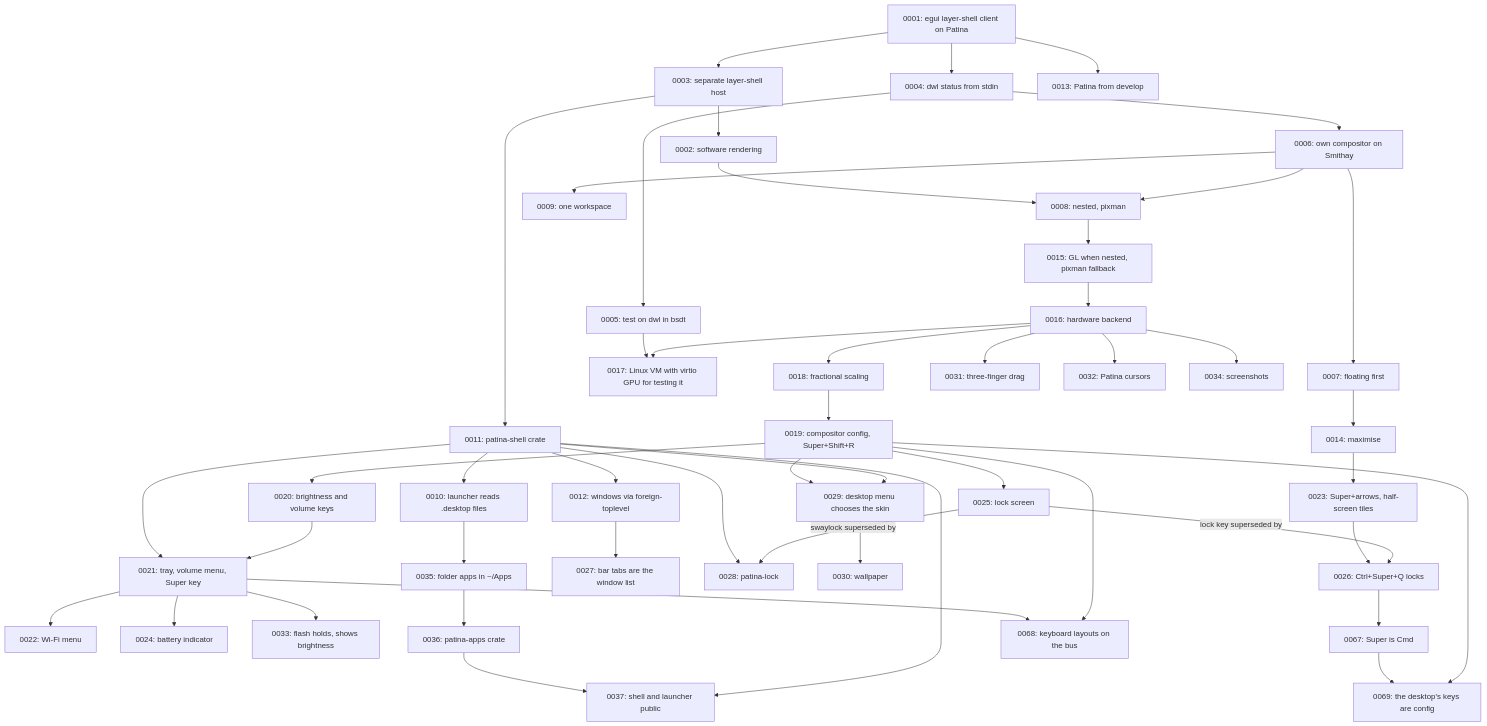
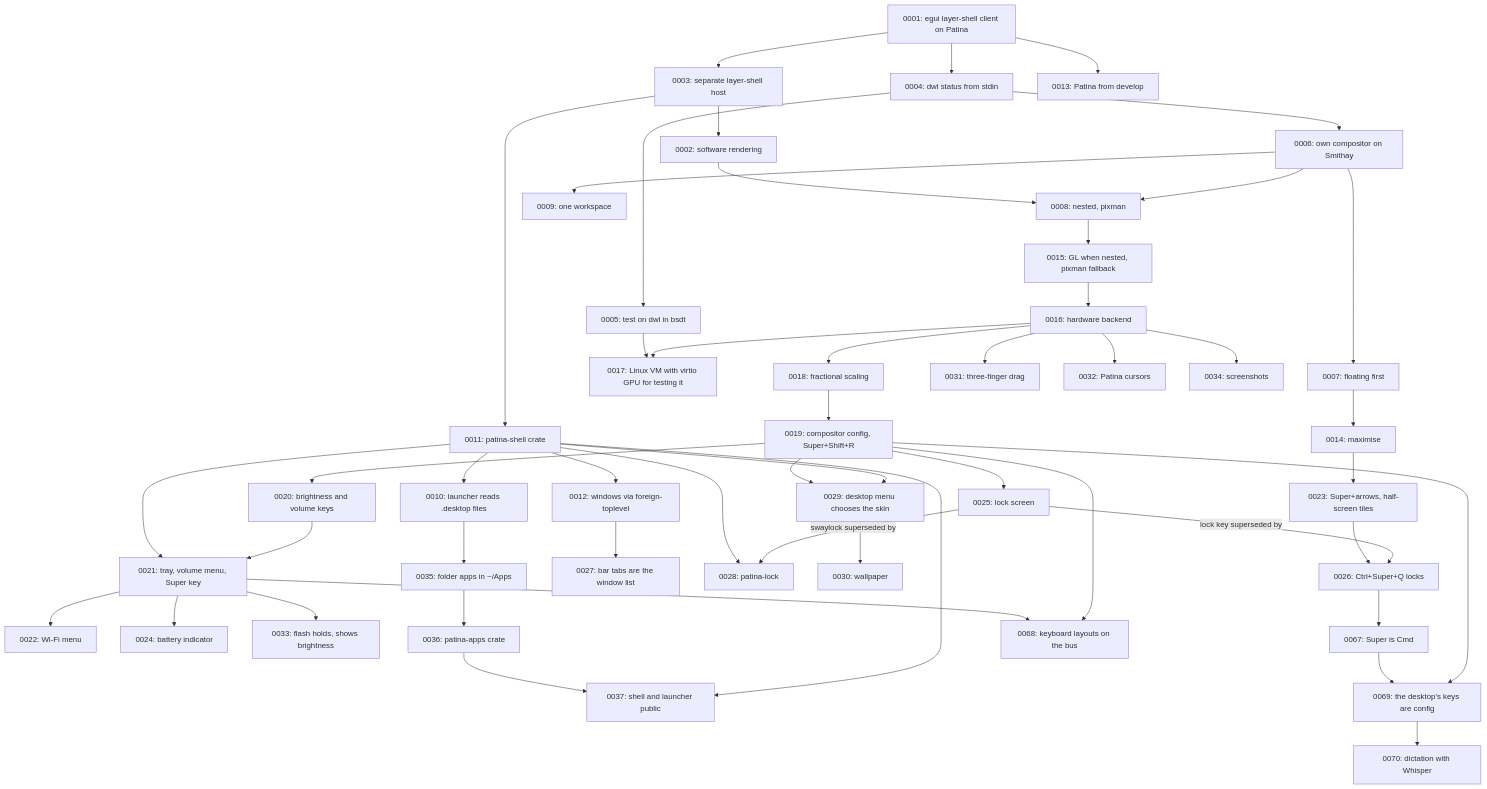
Before and after one commit to Sector-F-Labs/patina-desktop: the diagram in docs/adr/README.md, drawn with Mermaid. The commit also changed other lines of this file and 14 other files, not shown here.

````diff
--- a/docs/adr/README.md
+++ b/docs/adr/README.md
@@ -117,51 +118,52 @@
 ```mermaid
 flowchart TD
     A[0001: egui layer-shell client on Patina] --> B[0003: separate layer-shell host]
     B --> C[0002: software rendering]
     A --> D[0004: dwl status from stdin]
     D --> E[0005: test on dwl in bsdt]
     D --> F[0006: own compositor on Smithay]
     F --> G[0007: floating first]
     G --> N[0014: maximise]
     N --> W[0023: Super+arrows, half-screen tiles]
     F --> H[0008: nested, pixman]
     H --> O[0015: GL when nested, pixman fallback]
     O --> P[0016: hardware backend]
     P --> Q[0017: Linux VM with virtio GPU for testing it]
     P --> R[0018: fractional scaling]
     R --> S[0019: compositor config, Super+Shift+R]
     S --> T[0020: brightness and volume keys]
     S --> Y[0025: lock screen]
     Y -->|lock key superseded by| Z[0026: Ctrl+Super+Q locks]
     W --> Z
     T --> U[0021: tray, volume menu, Super key]
     U --> V[0022: Wi-Fi menu]
     U --> X[0024: battery indicator]
     K --> U
     E --> Q
     C --> H
     F --> I[0009: one workspace]
     B --> K[0011: patina-shell crate]
     K --> J[0010: launcher reads .desktop files]
     K --> L[0012: windows via foreign-toplevel]
     L --> AA[0027: bar tabs are the window list]
     Y -->|swaylock superseded by| AB[0028: patina-lock]
     K --> AB
     K --> AC[0029: desktop menu chooses the skin]
     S --> AC
     AC --> AD[0030: wallpaper]
     P --> AE[0031: three-finger drag]
     P --> AF[0032: Patina cursors]
     U --> AG[0033: flash holds, shows brightness]
     P --> AH[0034: screenshots]
     J --> AI[0035: folder apps in ~/Apps]
     AI --> AJ[0036: patina-apps crate]
     K --> AK[0037: shell and launcher public]
     AJ --> AK
     A --> M[0013: Patina from develop]
     Z --> CMD[0067: Super is Cmd]
     S --> KB[0068: keyboard layouts on the bus]
     U --> KB
     S --> KEYS[0069: the desktop's keys are config]
     CMD --> KEYS
+    KEYS --> DICT[0070: dictation with Whisper]
 ```
````
